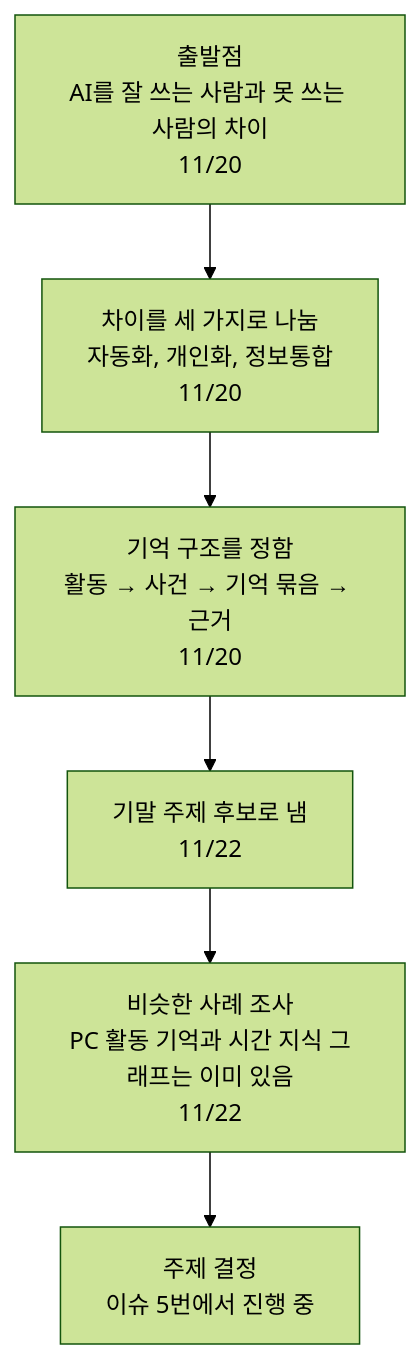
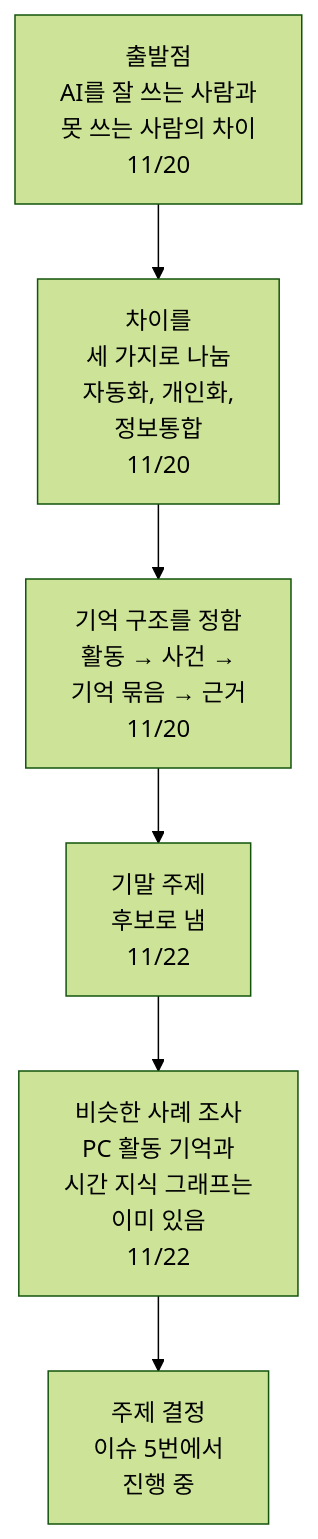
One commit to lumos0107/AI_Final_Project changed the diagram in docs/ideation/06_idea_memory_assistant.md. Above: the diagram before and after it, drawn with Mermaid (forest theme). The commit also changed other lines of this file and 1 other file, not shown here.

Commit message:
docs: 아이디어 3, 4 문장과 흐름도 줄바꿈 다듬기 (#16)

````diff
--- a/docs/ideation/06_idea_memory_assistant.md
+++ b/docs/ideation/06_idea_memory_assistant.md
@@ -7,8 +7,8 @@
 ```mermaid
 flowchart TD
-    A["출발점<br>AI를 잘 쓰는 사람과 못 쓰는 사람의 차이<br>11/20"] --> B["차이를 세 가지로 나눔<br>자동화, 개인화, 정보통합<br>11/20"]
-    B --> C["기억 구조를 정함<br>활동 → 사건 → 기억 묶음 → 근거<br>11/20"]
-    C --> D["기말 주제 후보로 냄<br>11/22"]
-    D --> E["비슷한 사례 조사<br>PC 활동 기억과 시간 지식 그래프는 이미 있음<br>11/22"]
-    E --> F["주제 결정<br>이슈 5번에서 진행 중"]
+    A["출발점<br>AI를 잘 쓰는 사람과<br>못 쓰는 사람의 차이<br>11/20"] --> B["차이를<br>세 가지로 나눔<br>자동화, 개인화,<br>정보통합<br>11/20"]
+    B --> C["기억 구조를 정함<br>활동 → 사건 →<br>기억 묶음 → 근거<br>11/20"]
+    C --> D["기말 주제<br>후보로 냄<br>11/22"]
+    D --> E["비슷한 사례 조사<br>PC 활동 기억과<br>시간 지식 그래프는<br>이미 있음<br>11/22"]
+    E --> F["주제 결정<br>이슈 5번에서<br>진행 중"]
 ```
````
